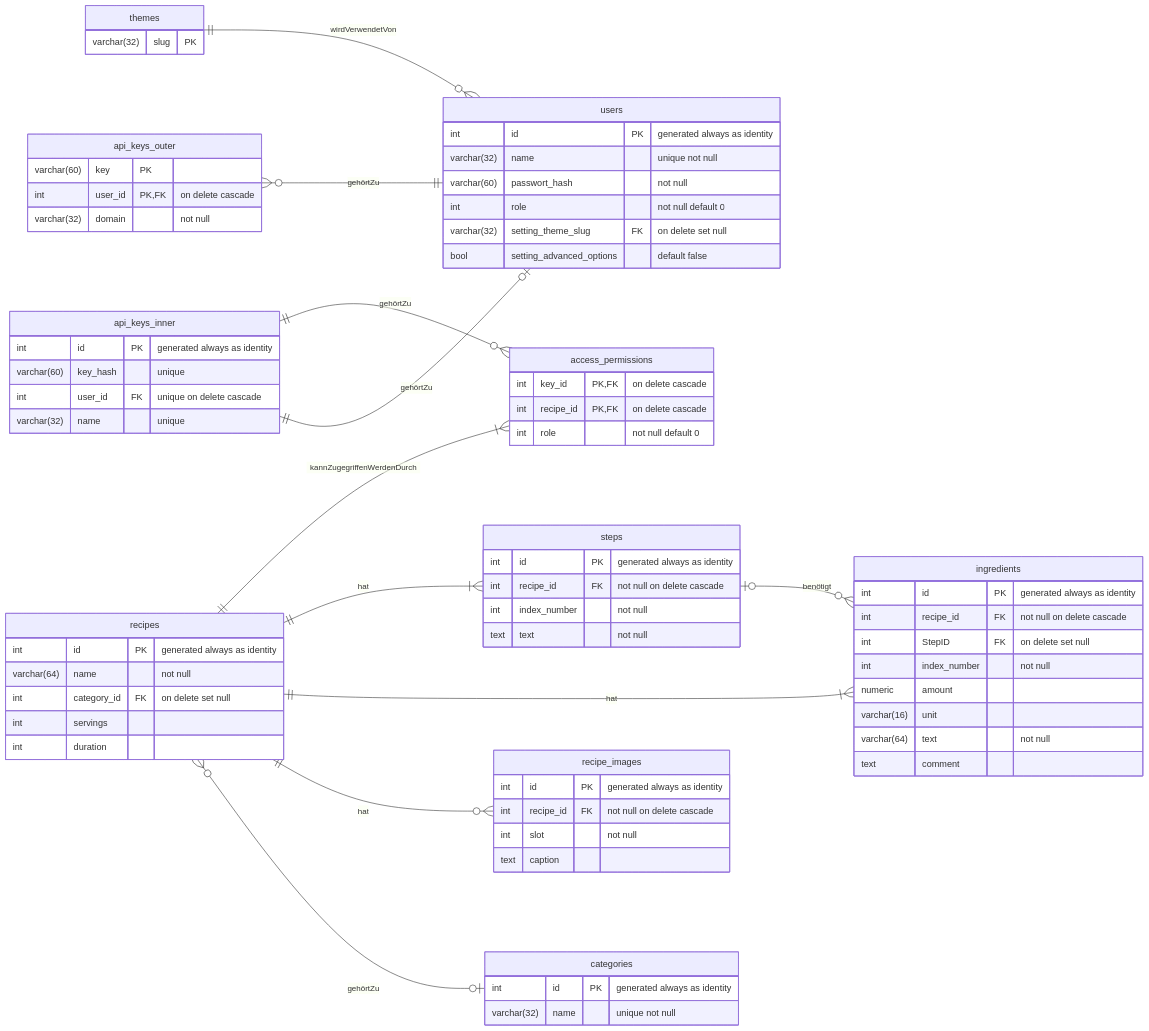
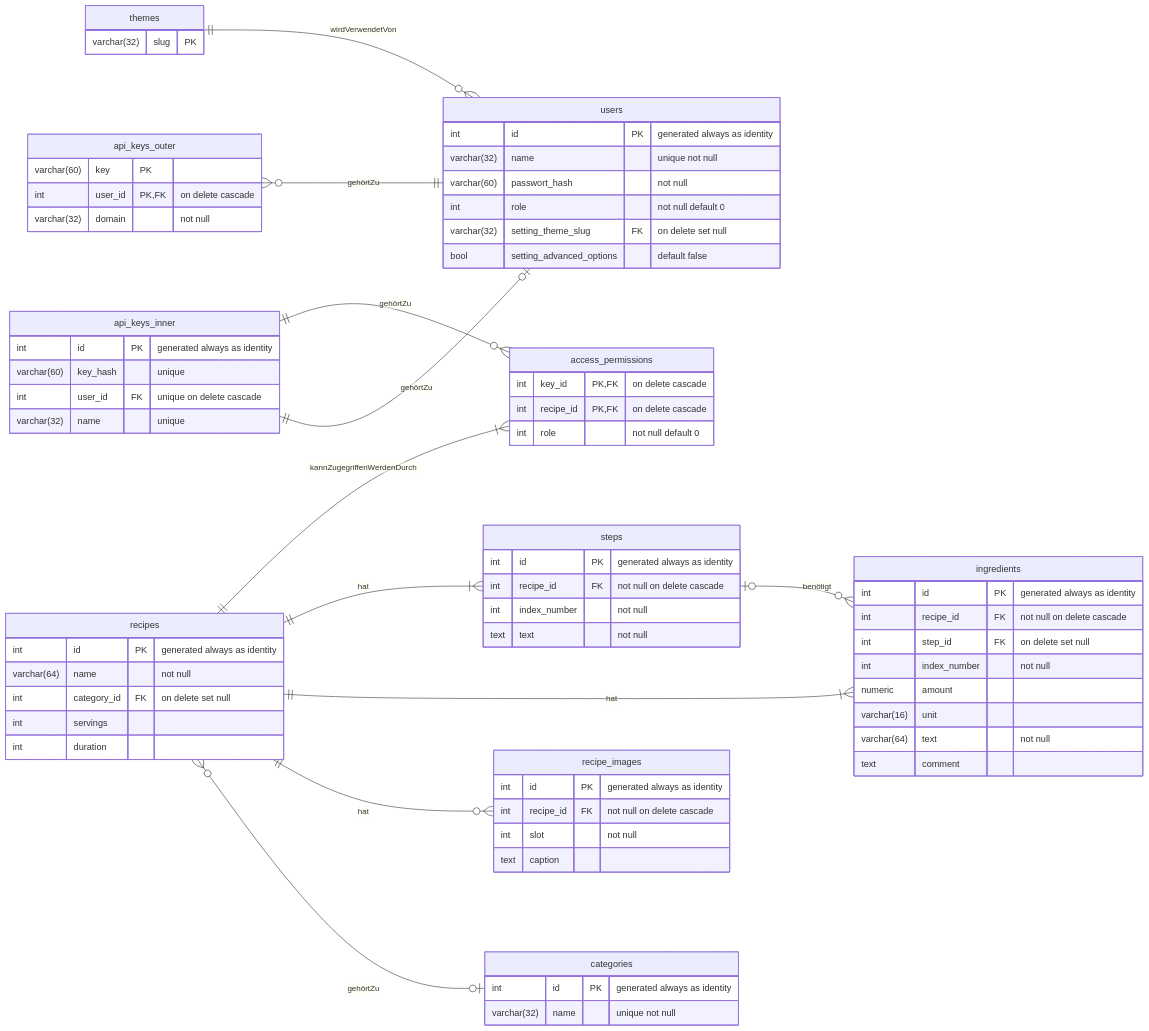
One commit to juve33/kochbuch changed the diagram in planning/db.md. Above: the diagram before and after it, drawn with Mermaid.

Commit message:
planning: fixed column name

```diff
--- a/planning/db.md
+++ b/planning/db.md
@@ -36,7 +36,7 @@
 i[ingredients] {
     int id PK "generated always as identity"
     int recipe_id FK "not null on delete cascade"
-    int StepID FK "on delete set null"
+    int step_id FK "on delete set null"
     int index_number "not null"
     numeric amount
     varchar(16) unit
```
